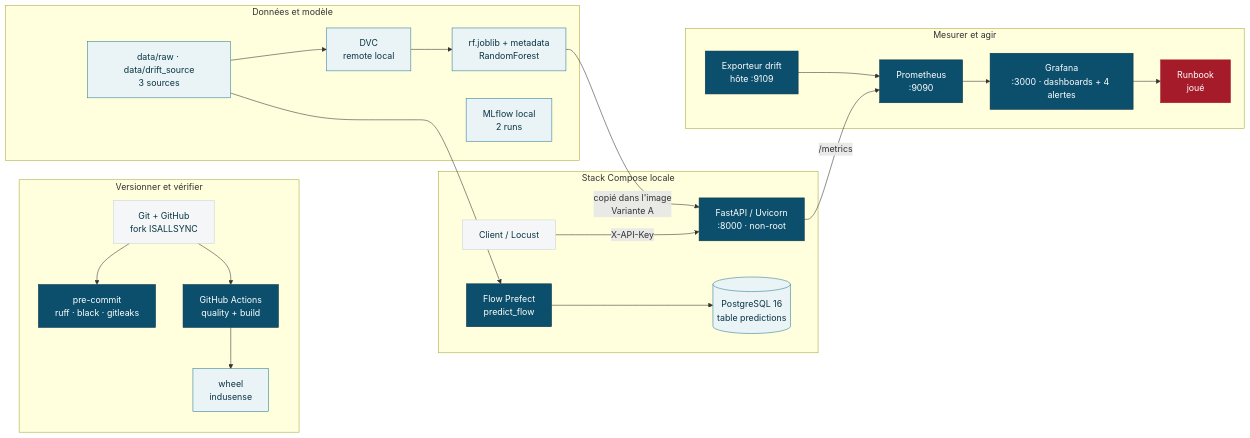
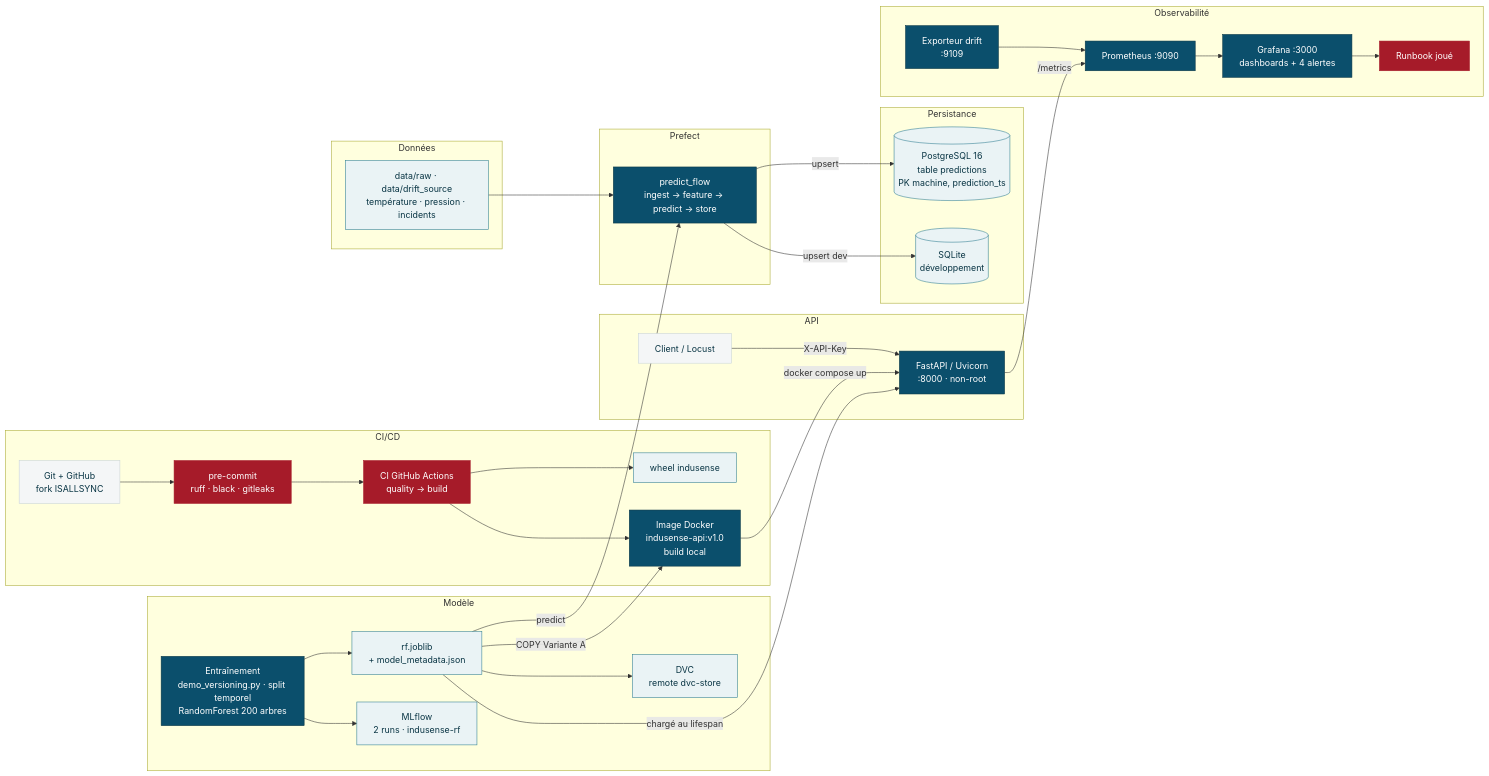
The first of 6 diagrams in docs/DAT_InduSense_tel_que_realise.md (ISALLSYNC/CISIA_24082026_Parcours), drawn with Mermaid before and after one commit. The commit also changed other lines of this file and 1 other file, not shown here.

First line of the commit message:
docs(DAT): rendre visibles modele, persistance, Prefect et CI/CD dans les schemas

````diff
--- a/docs/DAT_InduSense_tel_que_realise.md
+++ b/docs/DAT_InduSense_tel_que_realise.md
@@ -124,29 +124,44 @@
 ```mermaid
 flowchart LR
-  subgraph DEV[Versionner et vérifier]
-    G[Git + GitHub<br/>fork ISALLSYNC]:::support --> PC[pre-commit<br/>ruff · black · gitleaks]:::core
-    G --> CI[GitHub Actions<br/>quality + build]:::core
-    CI --> W[wheel<br/>indusense]:::data
+  subgraph CICD[CI/CD]
+    G[Git + GitHub<br/>fork ISALLSYNC]:::support --> PC[pre-commit<br/>ruff · black · gitleaks]:::critical
+    PC --> CI[CI GitHub Actions<br/>quality → build]:::critical
+    CI --> W[wheel indusense]:::data
+    CI --> IMG[Image Docker<br/>indusense-api:v1.0<br/>build local]:::core
   end
-  subgraph DATA[Données et modèle]
-    RAW[data/raw · data/drift_source<br/>3 sources]:::data --> DVC[DVC<br/>remote local]:::data
-    DVC --> RF[rf.joblib + metadata<br/>RandomForest]:::data
-    ML[MLflow local<br/>2 runs]:::data
+  subgraph MOD[Modèle]
+    TR[Entraînement<br/>demo_versioning.py · split temporel<br/>RandomForest 200 arbres]:::core --> RF[rf.joblib<br/>+ model_metadata.json]:::data
+    RF --> DVC[DVC<br/>remote dvc-store]:::data
+    TR --> ML[MLflow<br/>2 runs · indusense-rf]:::data
   end
-  subgraph RUN[Stack Compose locale]
+  subgraph SRC[Données]
+    RAW[data/raw · data/drift_source<br/>température · pression · incidents]:::data
+  end
+  subgraph PREF[Prefect]
+    PF[predict_flow<br/>ingest → feature → predict → store]:::core
+  end
+  subgraph PERS[Persistance]
+    DB[(PostgreSQL 16<br/>table predictions<br/>PK machine, prediction_ts)]:::data
+    SQ[(SQLite<br/>développement)]:::data
+  end
+  subgraph APIB[API]
     CLIENT[Client / Locust]:::support -->|X-API-Key| API[FastAPI / Uvicorn<br/>:8000 · non-root]:::core
-    RF -->|copié dans l'image<br/>Variante A| API
-    PF[Flow Prefect<br/>predict_flow]:::core --> DB[(PostgreSQL 16<br/>table predictions)]:::data
-    RAW --> PF
   end
-  subgraph OBS[Mesurer et agir]
-    API -->|/metrics| PRO[Prometheus<br/>:9090]:::core
-    EXP[Exporteur drift<br/>hôte :9109]:::core --> PRO
-    PRO --> GR[Grafana<br/>:3000 · dashboards + 4 alertes]:::core
-    GR --> RB[Runbook<br/>joué]:::critical
+  subgraph OBS[Observabilité]
+    PRO[Prometheus :9090]:::core --> GR[Grafana :3000<br/>dashboards + 4 alertes]:::core
+    EXP[Exporteur drift<br/>:9109]:::core --> PRO
+    GR --> RB[Runbook joué]:::critical
   end
+  RF -->|COPY Variante A| IMG
+  IMG -->|docker compose up| API
+  RF -->|chargé au lifespan| API
+  RAW --> PF
+  RF -->|predict| PF
+  PF -->|upsert| DB
+  PF -->|upsert dev| SQ
+  API -->|/metrics| PRO
   classDef core fill:#0B4F6C,color:#FFFFFF,stroke:#093544;
   classDef critical fill:#A61B29,color:#FFFFFF,stroke:#A61B29;
   classDef data fill:#EAF3F5,color:#093544,stroke:#2E7E92;
   classDef support fill:#F4F6F7,color:#093544,stroke:#C9D4D8;
 ```
````
